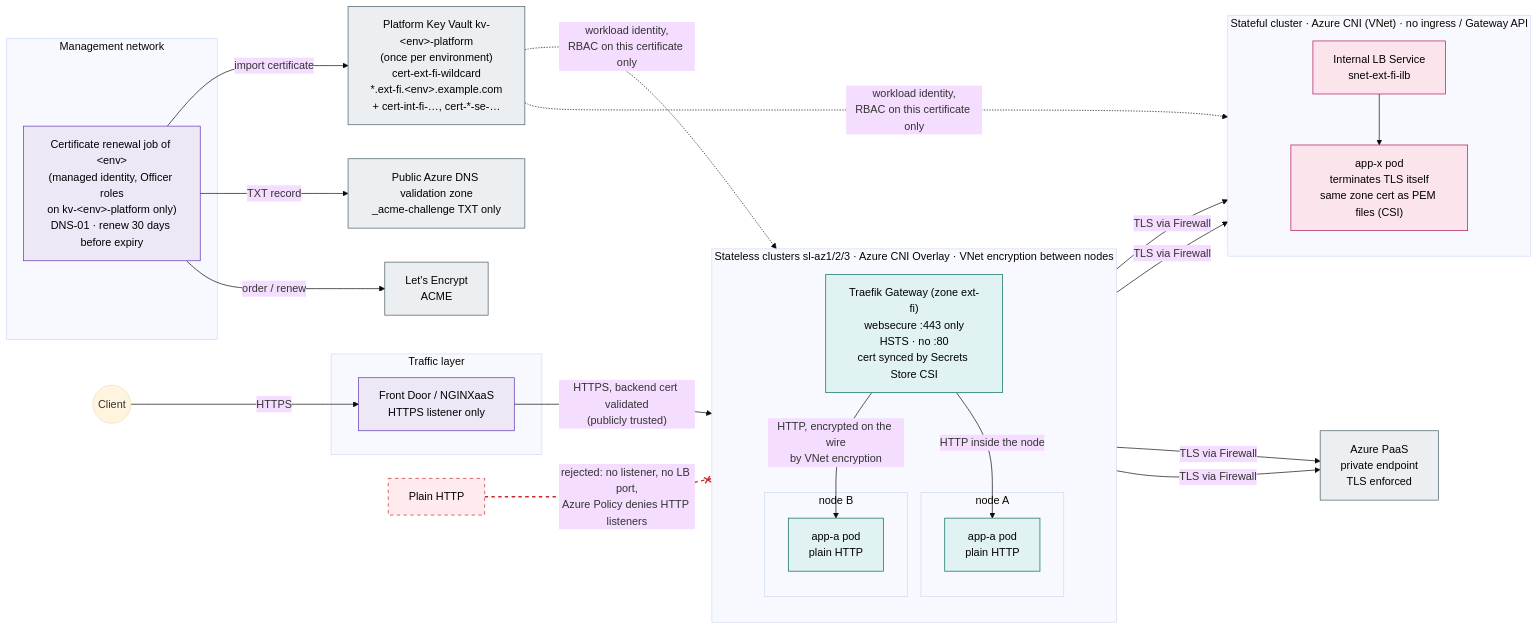
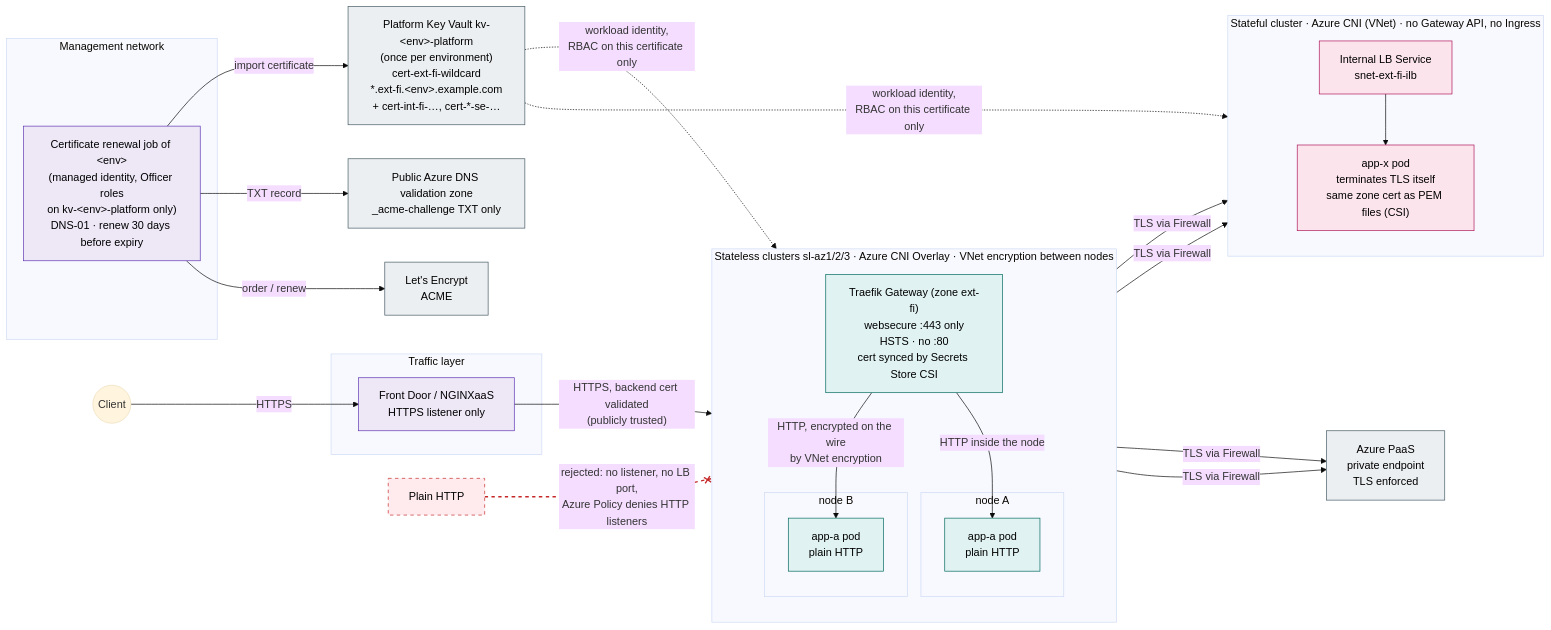
The diagram in diagrams/13-tls-encryption.mmd (olljanat-ai/aks-design), drawn with Mermaid (base theme) before and after one commit. The commit also changed 7 other files, not shown here.

First line of the commit message:
Use Gateway API only and drop the ingress naming

```diff
--- a/diagrams/13-tls-encryption.mmd
+++ b/diagrams/13-tls-encryption.mmd
@@ -1,63 +1,63 @@
 %% Encryption in transit. Stateless: TLS ends at the zone's Traefik gateway (Let's Encrypt certificate for an internal
 %% name), node-to-node traffic is protected by Azure VNet encryption, so apps need no TLS, mTLS or service mesh.
-%% Stateful: no ingress at all, the application terminates TLS on its own internal load balancer.
+%% Stateful: no Gateway API and no Ingress at all, the application terminates TLS on its own internal load balancer.
 %% Certificates are issued once per zone and environment by a job per environment into the environment's single platform
 %% Key Vault and shared by all clusters of that environment.
 flowchart LR
     client(("Client"))
 
     subgraph MGMT["Management network"]
         job["Certificate renewal job of &lt;env&gt;<br/>(managed identity, Officer roles<br/>on kv-&lt;env&gt;-platform only)<br/>DNS-01 · renew 30 days before expiry"]
     end
     le["Let's Encrypt<br/>ACME"]
     pubdns["Public Azure DNS validation zone<br/>_acme-challenge TXT only"]
     kv["Platform Key Vault kv-&lt;env&gt;-platform<br/>(once per environment)<br/>cert-ext-fi-wildcard<br/>*.ext-fi.&lt;env&gt;.example.com<br/>+ cert-int-fi-…, cert-*-se-…"]
 
     subgraph EDGE["Traffic layer"]
         agw["Front Door / NGINXaaS<br/>HTTPS listener only"]
     end
 
     subgraph SL["Stateless clusters sl-az1/2/3 · Azure CNI Overlay · VNet encryption between nodes"]
         direction TB
         tr["Traefik Gateway (zone ext-fi)<br/>websecure :443 only<br/>HSTS · no :80<br/>cert synced by Secrets Store CSI"]
         subgraph N1["node A"]
             app1["app-a pod<br/>plain HTTP"]
         end
         subgraph N2["node B"]
             app2["app-a pod<br/>plain HTTP"]
         end
     end
 
-    subgraph SF["Stateful cluster · Azure CNI (VNet) · no ingress / Gateway API"]
+    subgraph SF["Stateful cluster · Azure CNI (VNet) · no Gateway API, no Ingress"]
         direction TB
         ilb["Internal LB Service<br/>snet-ext-fi-ilb"]
         db["app-x pod<br/>terminates TLS itself<br/>same zone cert as PEM files (CSI)"]
     end
 
     paas["Azure PaaS<br/>private endpoint<br/>TLS enforced"]
     plain["Plain HTTP"]:::off
 
     client -->|"HTTPS"| agw
     agw -->|"HTTPS, backend cert validated<br/>(publicly trusted)"| tr
     tr -->|"HTTP inside the node"| app1
     tr -->|"HTTP, encrypted on the wire<br/>by VNet encryption"| app2
     app1 & app2 -->|"TLS via Firewall"| ilb --> db
     app1 & app2 -->|"TLS via Firewall"| paas
     job -->|"order / renew"| le
     job -->|"TXT record"| pubdns
     job -->|"import certificate"| kv
     kv -.->|"workload identity,<br/>RBAC on this certificate only"| tr
     kv -.->|"workload identity,<br/>RBAC on this certificate only"| db
     plain -.-x|"rejected: no listener, no LB port,<br/>Azure Policy denies HTTP listeners"| tr
 
     linkStyle 14 stroke:#c62828,stroke-width:2px,stroke-dasharray:5 5
 
     classDef hub fill:#ede7f6,stroke:#5e35b1,color:#000
     classDef sl fill:#e0f2f1,stroke:#00695c,color:#000
     classDef sf fill:#fce4ec,stroke:#ad1457,color:#000
     classDef paas fill:#eceff1,stroke:#455a64,color:#000
     classDef off fill:#ffebee,stroke:#c62828,color:#000,stroke-dasharray: 5 5
     class agw,job hub
     class tr,app1,app2 sl
     class ilb,db sf
     class paas,le,pubdns,kv paas
```
